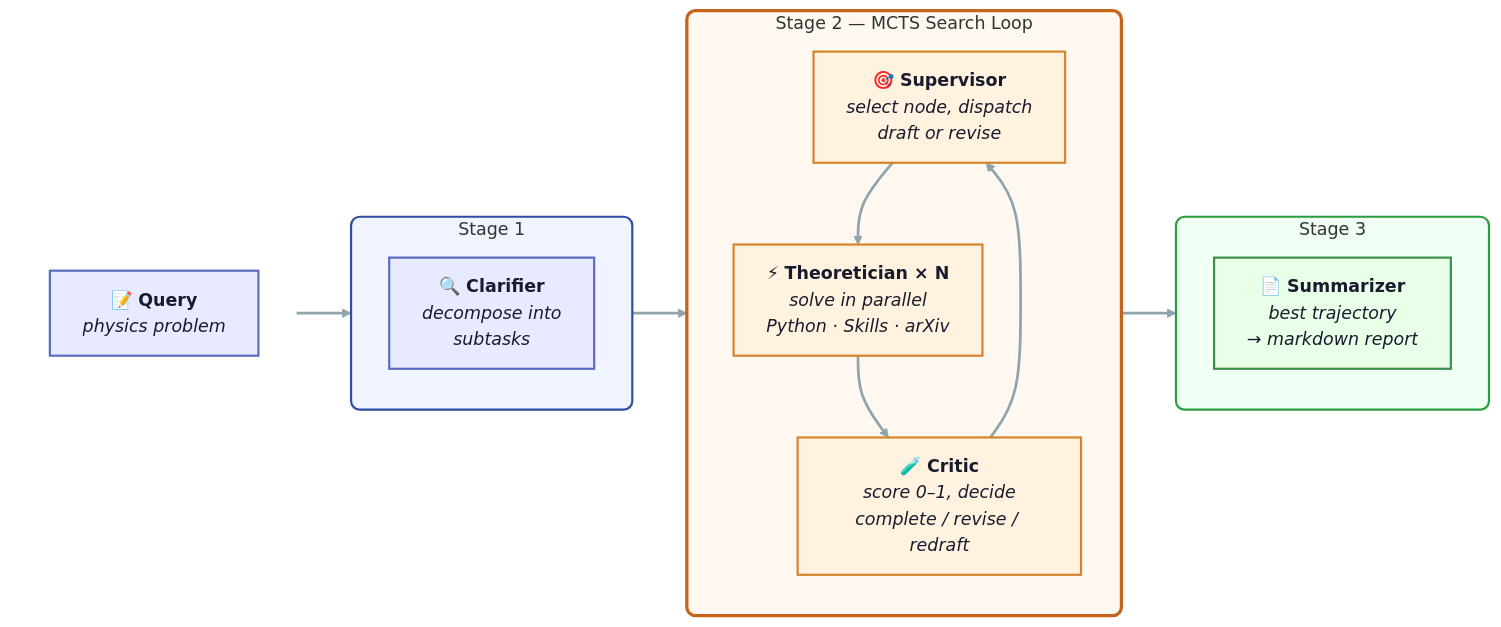
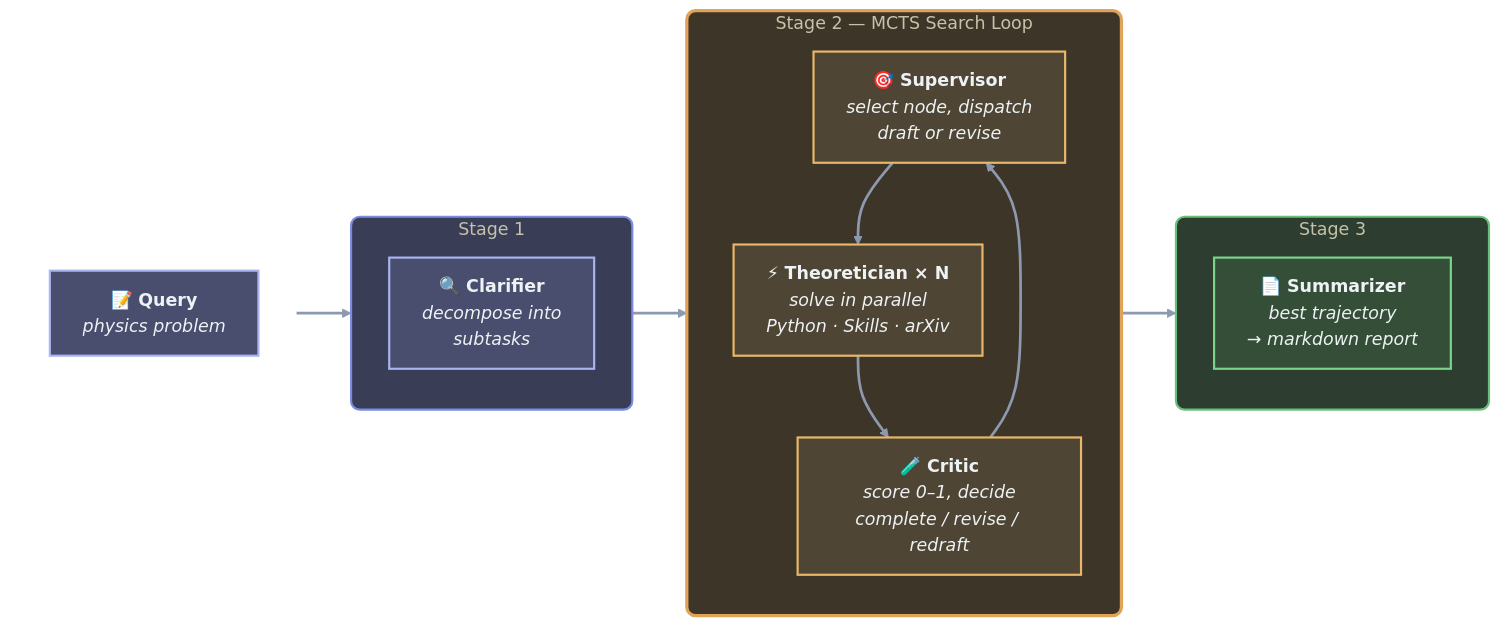
The diagram in README.md (sjtu-sai-agents/PhysMaster), drawn with Mermaid before and after one commit.

Commit message:
init commit

````diff
--- a/README.md
+++ b/README.md
@@ -28,41 +28,42 @@
 ```mermaid
+%%{init: {'theme': 'base', 'themeVariables': {'primaryColor': '#2b2d42', 'primaryTextColor': '#edf2f4', 'primaryBorderColor': '#8d99ae', 'lineColor': '#8d99ae', 'secondaryColor': '#3a3d56', 'tertiaryColor': '#3a3d56', 'background': '#2b2d42'}}}%%
 flowchart LR
     subgraph INPUT [" "]
         direction TB
         Q["📝 <b>Query</b><br/><i>physics problem</i>"]
     end
 
     subgraph STAGE1 ["Stage 1"]
         direction TB
         CL["🔍 <b>Clarifier</b><br/><i>decompose into<br/>subtasks</i>"]
     end
 
     subgraph MCTS ["Stage 2 — MCTS Search Loop"]
         direction TB
         SUP["🎯 <b>Supervisor</b><br/><i>select node, dispatch<br/>draft or revise</i>"]
         THEO["⚡ <b>Theoretician × N</b><br/><i>solve in parallel<br/>Python · Skills · arXiv</i>"]
         CRIT["🧪 <b>Critic</b><br/><i>score 0–1, decide<br/>complete / revise / redraft</i>"]
         SUP --> THEO --> CRIT --> SUP
     end
 
     subgraph STAGE3 ["Stage 3"]
         direction TB
         SUM["📄 <b>Summarizer</b><br/><i>best trajectory<br/>→ markdown report</i>"]
     end
 
     Q --> CL --> MCTS --> SUM
 
     style INPUT fill:none,stroke:none
-    style STAGE1 fill:#f0f4ff,stroke:#2d4ea3,stroke-width:2px,rx:8
-    style MCTS fill:#fff8f0,stroke:#c5651a,stroke-width:3px,rx:8
-    style STAGE3 fill:#f0fff4,stroke:#2a9d3e,stroke-width:2px,rx:8
+    style STAGE1 fill:#3a3d56,stroke:#7b8cde,stroke-width:2px,rx:8
+    style MCTS fill:#3d3528,stroke:#e0a458,stroke-width:3px,rx:8
+    style STAGE3 fill:#2d3d2f,stroke:#6abf7b,stroke-width:2px,rx:8
 
-    style Q fill:#e8eaff,stroke:#5b6abf,stroke-width:2px,color:#1a1a2e
-    style CL fill:#e8eaff,stroke:#5b6abf,stroke-width:2px,color:#1a1a2e
-    style SUP fill:#fff3e0,stroke:#d4842a,stroke-width:2px,color:#1a1a2e
-    style THEO fill:#fff3e0,stroke:#d4842a,stroke-width:2px,color:#1a1a2e
-    style CRIT fill:#fff3e0,stroke:#d4842a,stroke-width:2px,color:#1a1a2e
-    style SUM fill:#e8ffe8,stroke:#3a8f4a,stroke-width:2px,color:#1a1a2e
+    style Q fill:#4a4e6e,stroke:#a8b4f0,stroke-width:2px,color:#edf2f4
+    style CL fill:#4a4e6e,stroke:#a8b4f0,stroke-width:2px,color:#edf2f4
+    style SUP fill:#4e4535,stroke:#e8b76a,stroke-width:2px,color:#edf2f4
+    style THEO fill:#4e4535,stroke:#e8b76a,stroke-width:2px,color:#edf2f4
+    style CRIT fill:#4e4535,stroke:#e8b76a,stroke-width:2px,color:#edf2f4
+    style SUM fill:#354e38,stroke:#7ad48a,stroke-width:2px,color:#edf2f4
 
-    linkStyle default stroke:#90a4ae,stroke-width:2.5px
+    linkStyle default stroke:#8d99ae,stroke-width:2.5px
 ```
````
